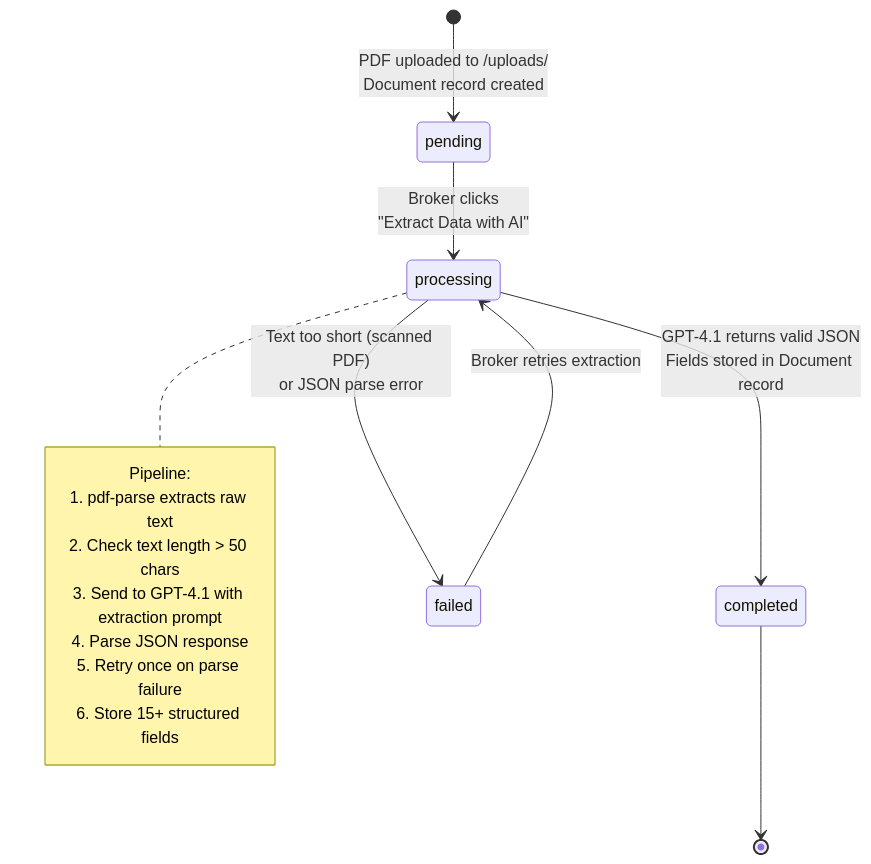
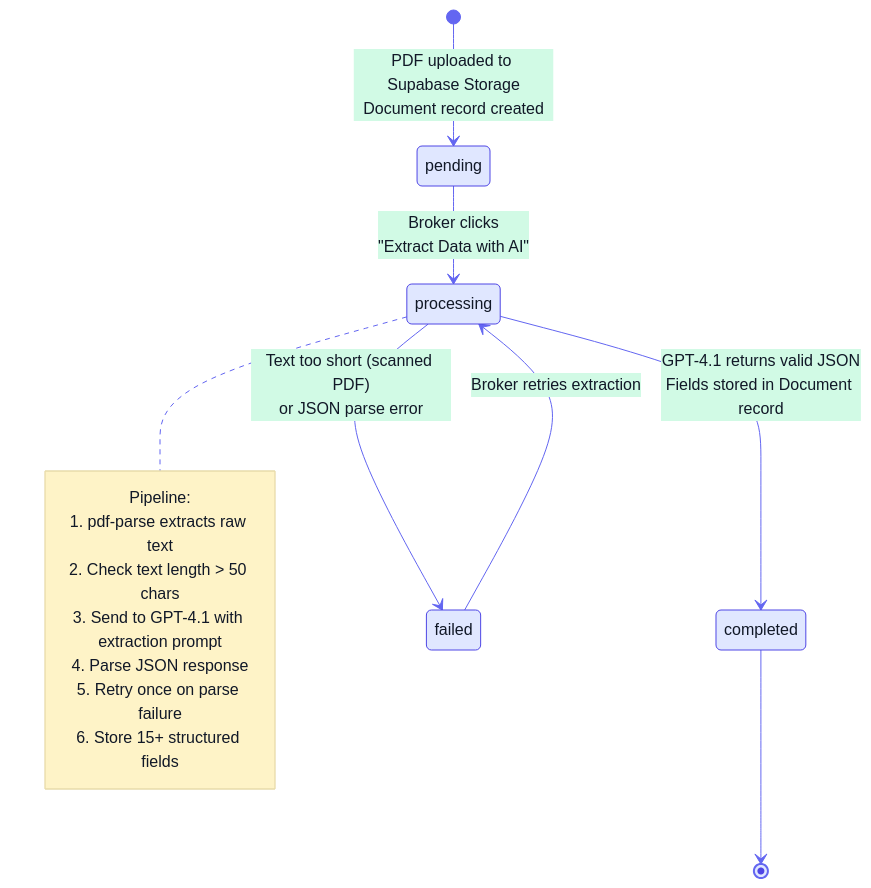
Before and after one commit to Aarav238/secureLife-ai: the third of 3 diagrams in diagrams/er-diagram.md, drawn with Mermaid. The commit also changed other lines of this file and 2 other files, not shown here.

Commit message:
feat: update diagrams with consistent theme variables for improved styling and clarity

````diff
--- a/diagrams/er-diagram.md
+++ b/diagrams/er-diagram.md
@@ -120,22 +122,23 @@
 ```mermaid
+%%{init: {'theme': 'base', 'themeVariables': {'primaryColor': '#e0e7ff', 'primaryTextColor': '#111827', 'primaryBorderColor': '#4f46e5', 'lineColor': '#6366f1', 'secondaryColor': '#d1fae5', 'tertiaryColor': '#fef3c7', 'noteBkgColor': '#fef3c7', 'noteTextColor': '#111827', 'labelTextColor': '#111827'}}}%%
 stateDiagram-v2
-    [*] --> pending : PDF uploaded to /uploads/<br/>Document record created
+    [*] --> pending : PDF uploaded to Supabase Storage<br/>Document record created
 
     pending --> processing : Broker clicks<br/>"Extract Data with AI"
     processing --> completed : GPT-4.1 returns valid JSON<br/>Fields stored in Document record
     processing --> failed : Text too short (scanned PDF)<br/>or JSON parse error
 
     failed --> processing : Broker retries extraction
 
     completed --> [*]
 
     note right of processing
         Pipeline:
         1. pdf-parse extracts raw text
         2. Check text length > 50 chars
         3. Send to GPT-4.1 with extraction prompt
         4. Parse JSON response
         5. Retry once on parse failure
         6. Store 15+ structured fields
     end note
 ```
````
